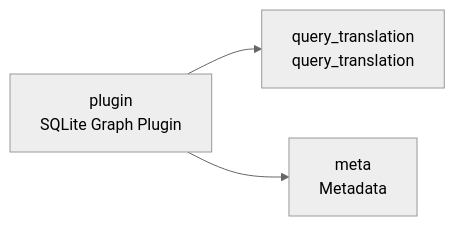
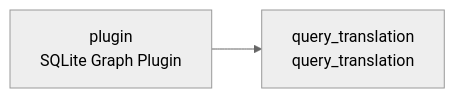
One commit to cj-mills/cjm-capability-graph-sqlite changed the diagram in README.md. Above: the diagram before and after it, drawn with Mermaid (neutral theme). The commit also changed other lines of this file and 1 other file, not shown here.

````diff
--- a/README.md
+++ b/README.md
@@ -23,9 +22,7 @@
 ``` mermaid
 graph LR
-    meta["meta<br/>Metadata"]
     plugin["plugin<br/>SQLite Graph Plugin"]
     query_translation["query_translation<br/>query_translation"]
 
     plugin --> query_translation
-    plugin --> meta
 ```
````
